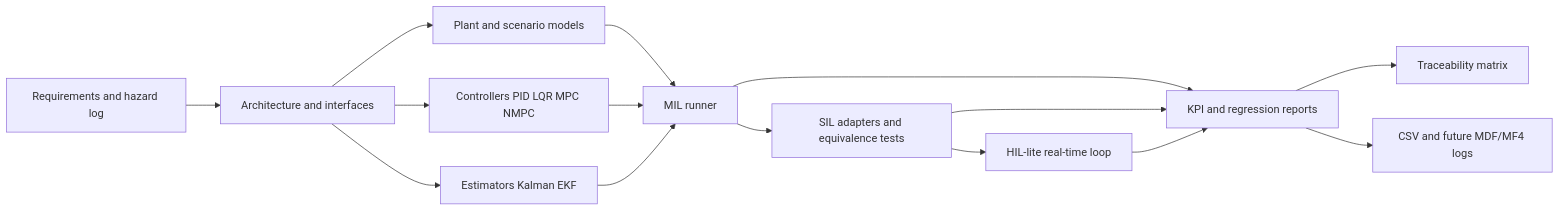
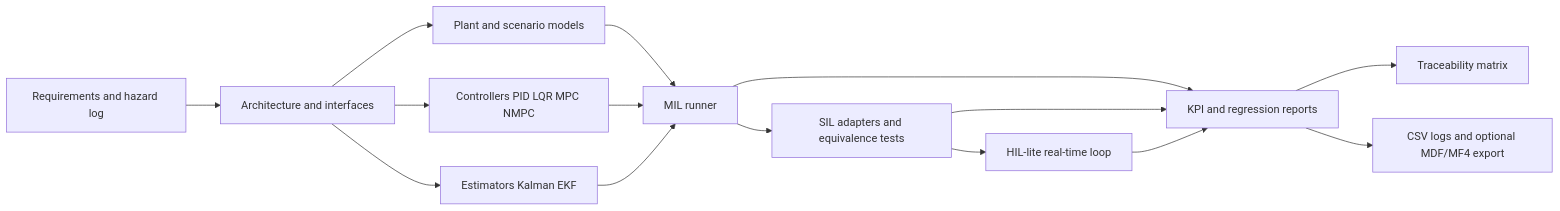
Before and after one commit to 96sanjay/vmodel-control-pipeline: the first of 2 diagrams in docs/architecture/system_architecture.md, drawn with Mermaid. The commit also changed other lines of this file and 6 other files, not shown here.

````diff
--- a/docs/architecture/system_architecture.md
+++ b/docs/architecture/system_architecture.md
@@ -14,17 +14,17 @@
 ```mermaid
 flowchart LR
     A[Requirements and hazard log] --> B[Architecture and interfaces]
     B --> C[Plant and scenario models]
     B --> D[Controllers PID LQR MPC NMPC]
     B --> E[Estimators Kalman EKF]
     C --> F[MIL runner]
     D --> F
     E --> F
     F --> G[SIL adapters and equivalence tests]
     G --> H[HIL-lite real-time loop]
     F --> I[KPI and regression reports]
     G --> I
     H --> I
     I --> J[Traceability matrix]
-    I --> K[CSV and future MDF/MF4 logs]
+    I --> K[CSV logs and optional MDF/MF4 export]
 ```
````
